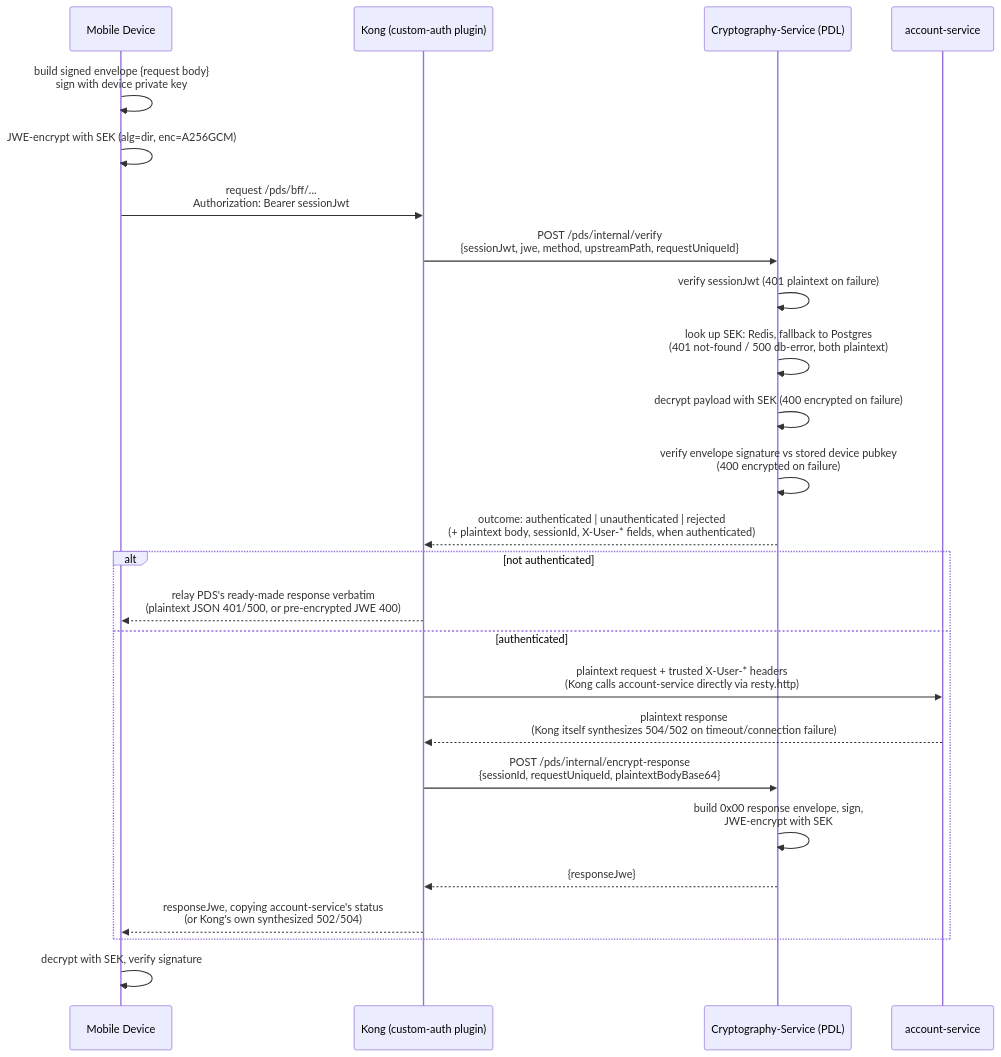
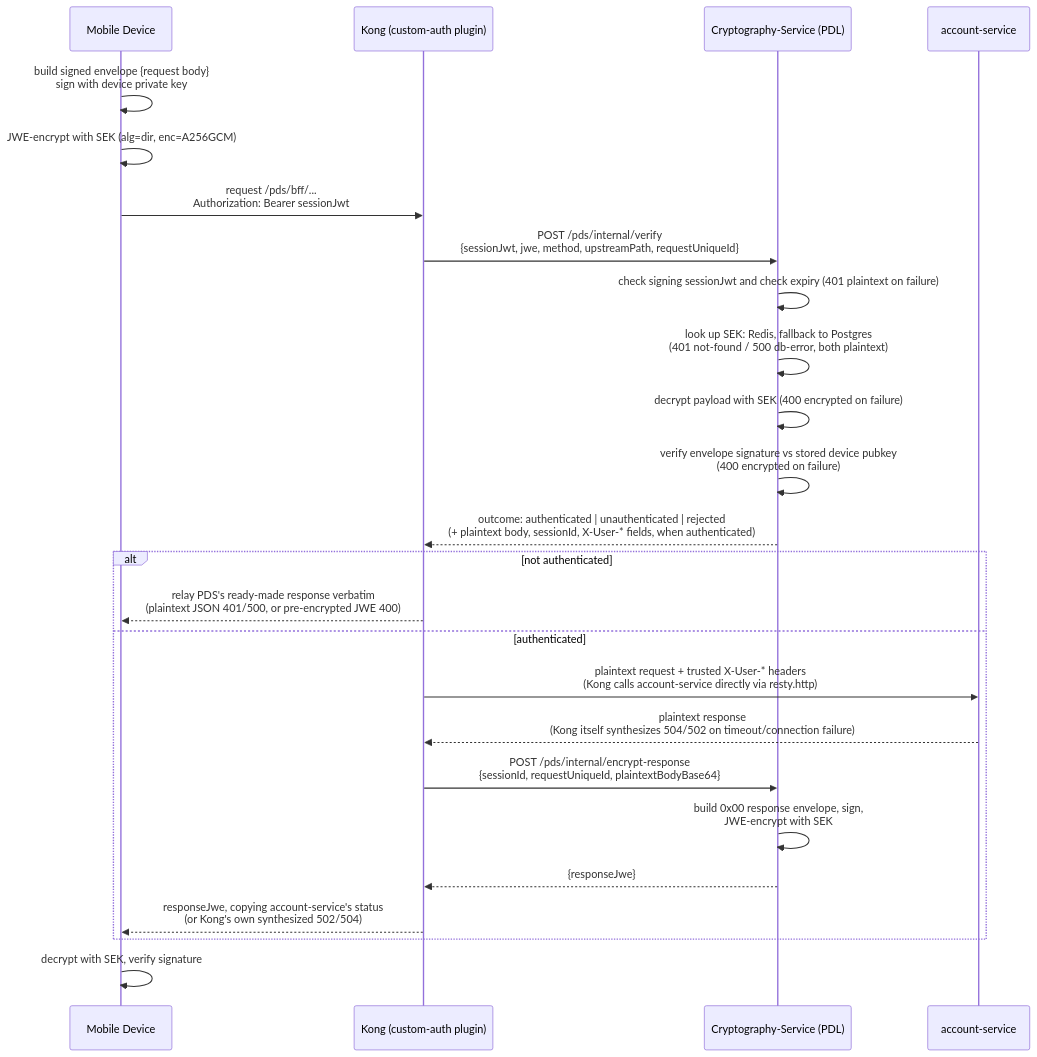
The second of 3 diagrams in docs/encryption-workflow.md (PinThapanawat/kong-custom-auth-poc), drawn with Mermaid before and after one commit. The commit also changed other lines of this file, not shown here.

````diff
--- a/docs/encryption-workflow.md
+++ b/docs/encryption-workflow.md
@@ -79,31 +79,31 @@
 ```mermaid
 sequenceDiagram
     participant Device as Mobile Device
     participant Kong as Kong (custom-auth plugin)
     participant PDS as Cryptography-Service (PDL)
     participant Account as account-service
 
     Device->>Device: build signed envelope {request body}<br/>sign with device private key
     Device->>Device: JWE-encrypt with SEK (alg=dir, enc=A256GCM)
     Device->>Kong: request /pds/bff/...<br/>Authorization: Bearer sessionJwt
 
     Kong->>PDS: POST /pds/internal/verify<br/>{sessionJwt, jwe, method, upstreamPath, requestUniqueId}
-    PDS->>PDS: verify sessionJwt (401 plaintext on failure)
+    PDS->>PDS: check signing sessionJwt and check expiry  (401 plaintext on failure)
     PDS->>PDS: look up SEK: Redis, fallback to Postgres<br/>(401 not-found / 500 db-error, both plaintext)
     PDS->>PDS: decrypt payload with SEK (400 encrypted on failure)
     PDS->>PDS: verify envelope signature vs stored device pubkey<br/>(400 encrypted on failure)
     PDS-->>Kong: outcome: authenticated | unauthenticated | rejected<br/>(+ plaintext body, sessionId, X-User-* fields, when authenticated)
 
     alt not authenticated
         Kong-->>Device: relay PDS's ready-made response verbatim<br/>(plaintext JSON 401/500, or pre-encrypted JWE 400)
     else authenticated
         Kong->>Account: plaintext request + trusted X-User-* headers<br/>(Kong calls account-service directly via resty.http)
         Account-->>Kong: plaintext response<br/>(Kong itself synthesizes 504/502 on timeout/connection failure)
         Kong->>PDS: POST /pds/internal/encrypt-response<br/>{sessionId, requestUniqueId, plaintextBodyBase64}
         PDS->>PDS: build 0x00 response envelope, sign,<br/>JWE-encrypt with SEK
         PDS-->>Kong: {responseJwe}
         Kong-->>Device: responseJwe, copying account-service's status<br/>(or Kong's own synthesized 502/504)
     end
 
     Device->>Device: decrypt with SEK, verify signature
 ```
````
